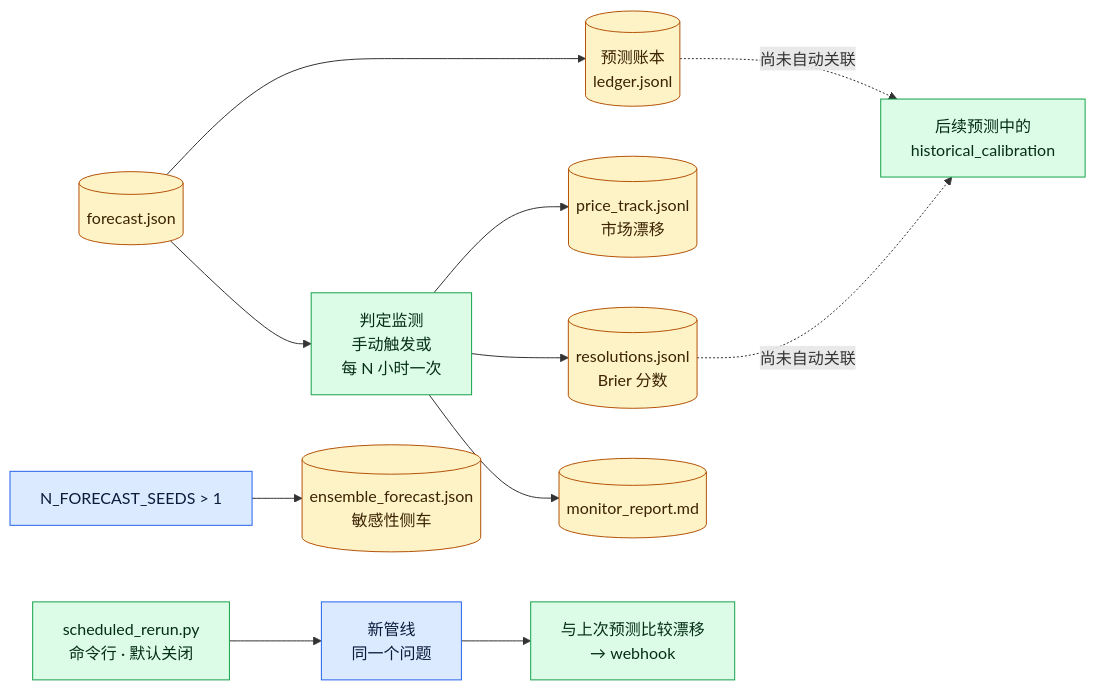
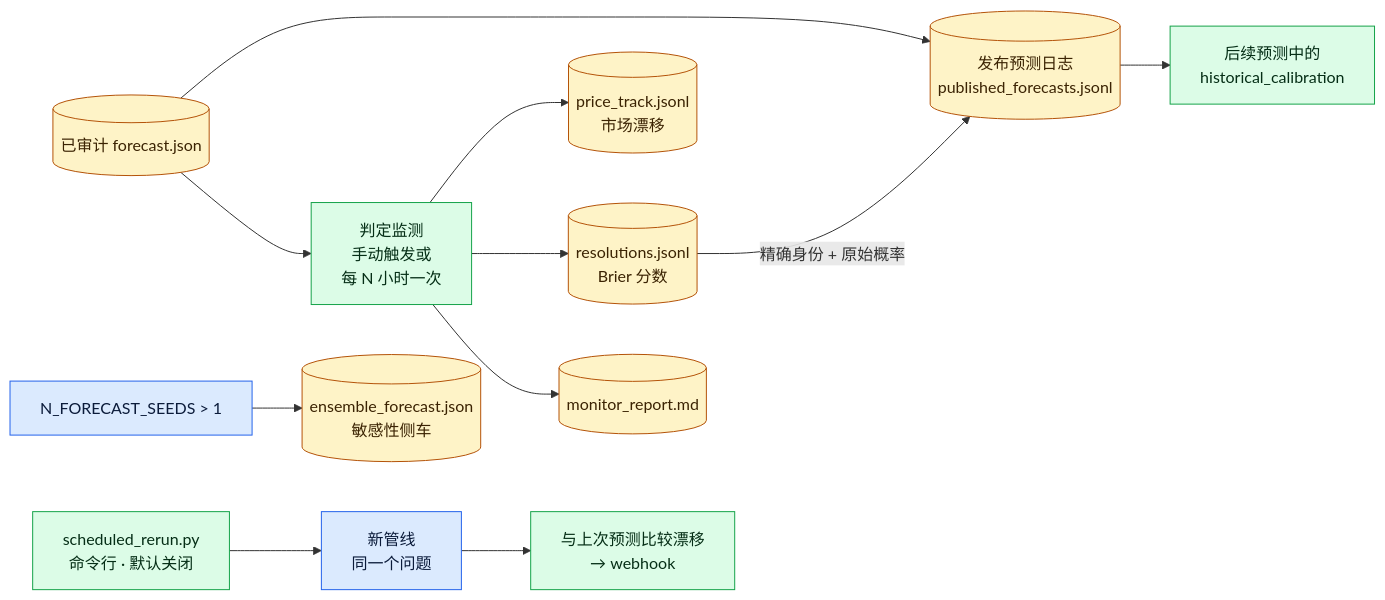
Diagram 13 of 16 in README.zh-CN.md (linroger/DeepResearchForecast), drawn with Mermaid before and after one commit. The commit also changed other lines of this file and 76 other files, not shown here.

````diff
--- a/README.zh-CN.md
+++ b/README.zh-CN.md
@@ -1148,15 +1148,15 @@
 ```mermaid
 flowchart LR
-    FJ[("forecast.json")]:::store --> LED[("预测账本<br/>ledger.jsonl")]:::store
+    FJ[("已审计 forecast.json")]:::store --> LED[("发布预测日志<br/>published_forecasts.jsonl")]:::store
     FJ --> MON["判定监测<br/>手动触发或<br/>每 N 小时一次"]:::det
     MON --> PT[("price_track.jsonl<br/>市场漂移")]:::store
     MON --> RES[("resolutions.jsonl<br/>Brier 分数")]:::store
     MON --> MR[("monitor_report.md")]:::store
-    LED -. "尚未自动关联" .-> CAL["后续预测中的<br/>historical_calibration"]:::det
-    RES -. "尚未自动关联" .-> CAL
+    LED --> CAL["后续预测中的<br/>historical_calibration"]:::det
+    RES -- "精确身份 + 原始概率" --> LED
     SCH["scheduled_rerun.py<br/>命令行 · 默认关闭"]:::det --> NEW["新管线<br/>同一个问题"]:::proc --> DRIFT["与上次预测比较漂移<br/>→ webhook"]:::det
     ENS["N_FORECAST_SEEDS > 1"]:::proc --> EF[("ensemble_forecast.json<br/>敏感性侧车")]:::store
     classDef proc fill:#dbeafe,stroke:#2563eb,color:#0b1b3a
     classDef det fill:#dcfce7,stroke:#16a34a,color:#052e16
     classDef store fill:#fef3c7,stroke:#b45309,color:#3b2303
 ```
````
